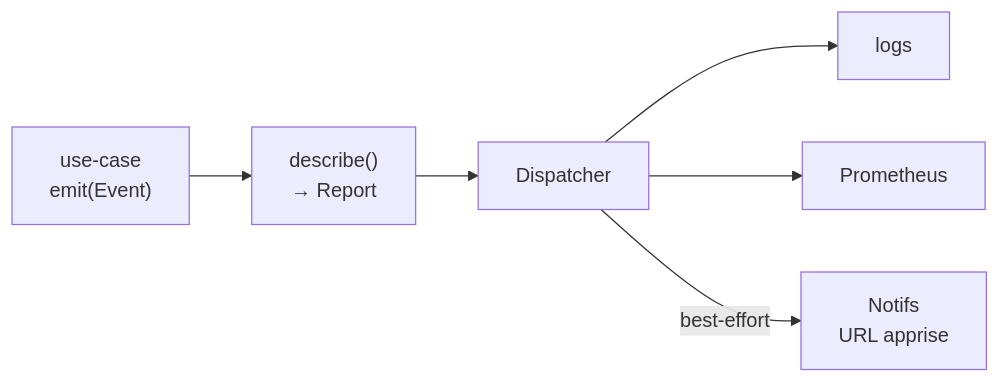
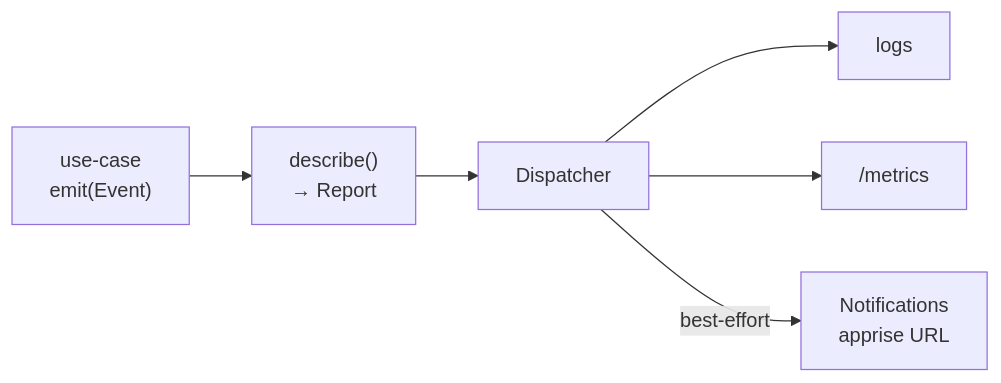
One commit to GeoffreyCoulaud/mulewatch changed the tenth of 10 diagrams in docs/architecture.md. Above: the diagram before and after it, drawn with Mermaid. The commit also changed other lines of this file and 14 other files, not shown here.

````diff
--- a/docs/architecture.md
+++ b/docs/architecture.md
@@ -317,14 +319,14 @@
 ```mermaid
 flowchart LR
   uc["use-case<br/>emit(Event)"]
   desc["describe()<br/>→ Report"]
   disp["Dispatcher"]
   log["logs"]
-  prom["Prometheus"]
-  notif["Notifs<br/>URL apprise"]
+  prom["/metrics"]
+  notif["Notifications<br/>apprise URL"]
 
   uc --> desc --> disp
   disp --> log
   disp --> prom
   disp -->|best-effort| notif
 ```
````
